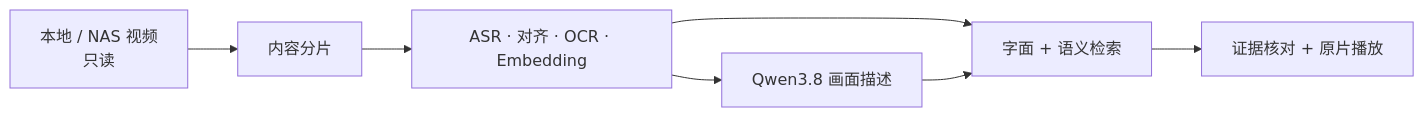
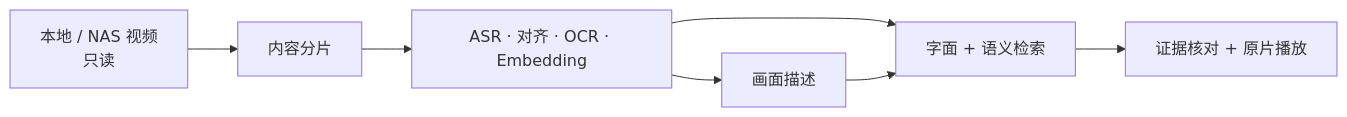
The diagram in README.md (NimbuSHh/media-memory), drawn with Mermaid before and after one commit. The commit also changed other lines of this file and 41 other files, not shown here.

````diff
--- a/README.md
+++ b/README.md
@@ -16,9 +16,9 @@
 ```mermaid
 flowchart LR
     A[本地 / NAS 视频<br/>只读] --> B[内容分片]
     B --> C[ASR · 对齐 · OCR · Embedding]
-    C --> D[Qwen3.8 画面描述]
+    C --> D[画面描述]
     C --> E[字面 + 语义检索]
     D --> E
     E --> F[证据核对 + 原片播放]
 ```
````
